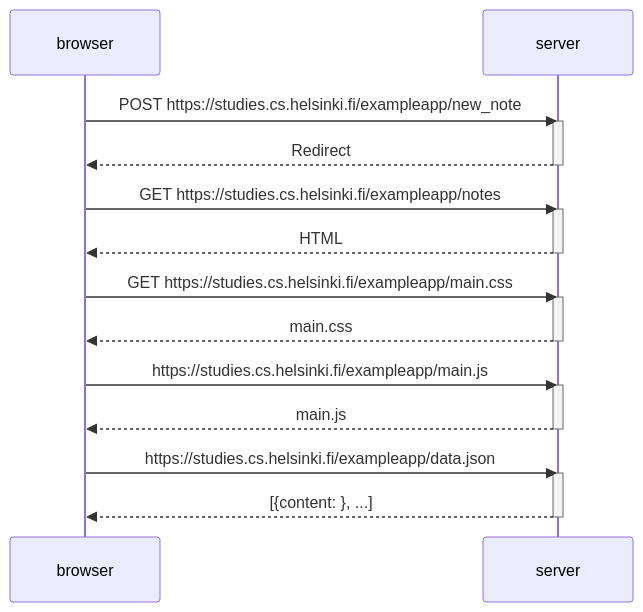
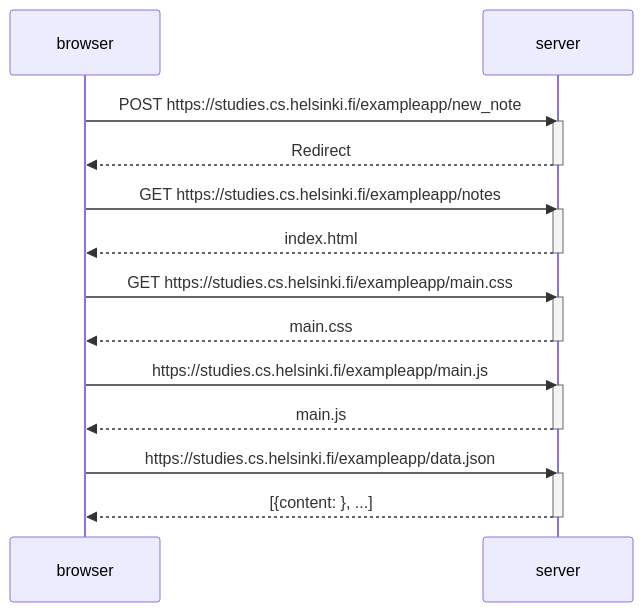
Before and after one commit to juhotuominen/CreativeWriting: the diagram in part0/0.4.md, drawn with Mermaid.

Commit message:
task 0.4

````diff
--- a/part0/0.4.md
+++ b/part0/0.4.md
@@ -1,30 +1,30 @@
 ```mermaid
 sequenceDiagram
     participant browser
     participant server
 
     browser->>server: POST https://studies.cs.helsinki.fi/exampleapp/new_note
     activate server
     server-->>browser: Redirect
     deactivate server
 
     browser->>server:GET https://studies.cs.helsinki.fi/exampleapp/notes
     activate server
-    server-->>browser: HTML
+    server-->>browser: index.html
     deactivate server
 
     browser->>server:GET https://studies.cs.helsinki.fi/exampleapp/main.css
     activate server
     server-->>browser: main.css
     deactivate server
 
     browser->>server: https://studies.cs.helsinki.fi/exampleapp/main.js
     activate server
     server-->>browser: main.js
     deactivate server
 
     browser->>server: https://studies.cs.helsinki.fi/exampleapp/data.json
     activate server
     server-->>browser: [{content: }, ...]
     deactivate server
 ```
````
